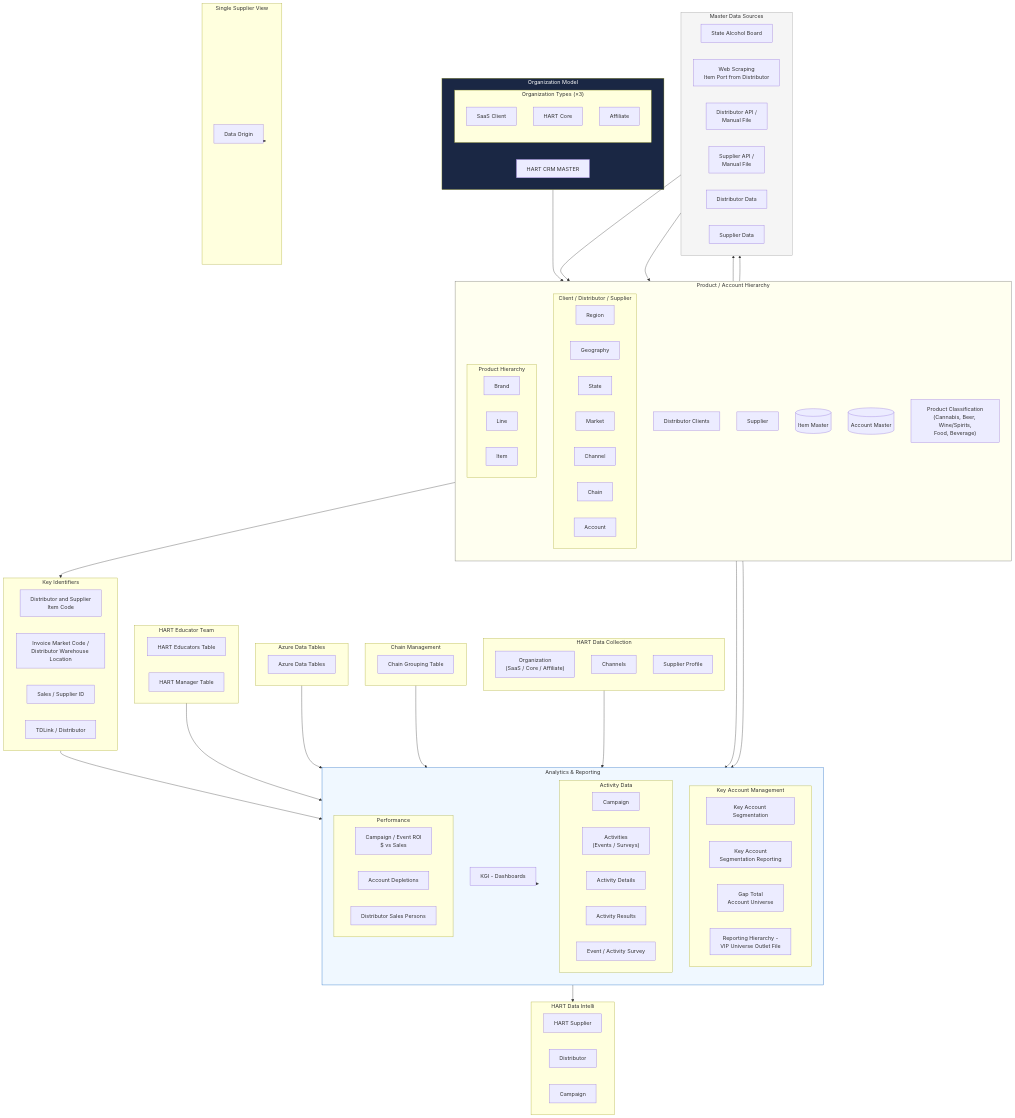
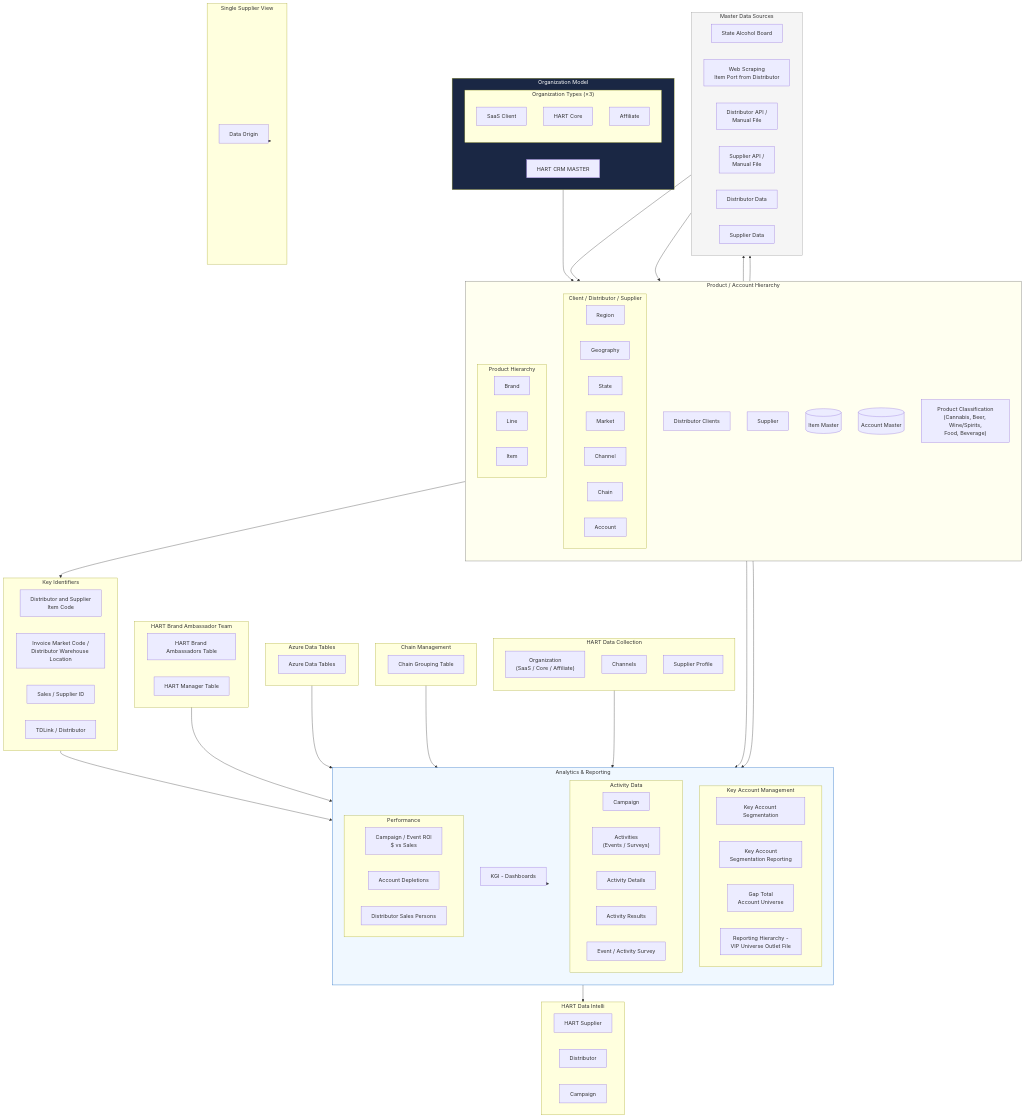
One commit to rafaeelricco/Hartopsprototype changed diagram 13 of 15 in docs/for-llms/hart-sharepoint/tech-vision-diagram.md. Above: the diagram before and after it, drawn with Mermaid. The commit also changed other lines of this file and 15 other files, not shown here.

```diff
--- a/docs/for-llms/hart-sharepoint/tech-vision-diagram.md
+++ b/docs/for-llms/hart-sharepoint/tech-vision-diagram.md
@@ -917,8 +917,8 @@
         TDLINK["TDLink / Distributor"]
     end
 
-    subgraph HART_TEAM["HART Educator Team"]
-        EDUCATORS_TBL["HART Educators Table"]
+    subgraph HART_TEAM["HART Brand Ambassador Team"]
+        EDUCATORS_TBL["HART Brand Ambassadors Table"]
         MANAGERS_TBL["HART Manager Table"]
     end
 
```
